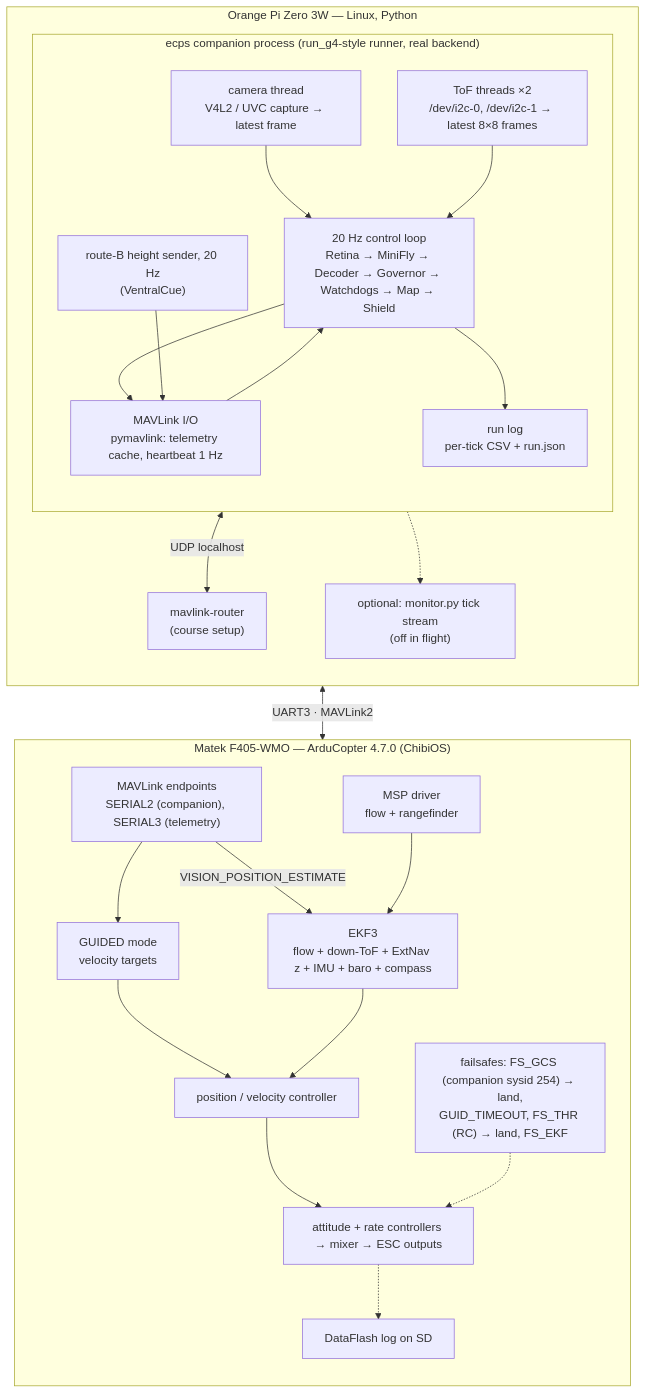
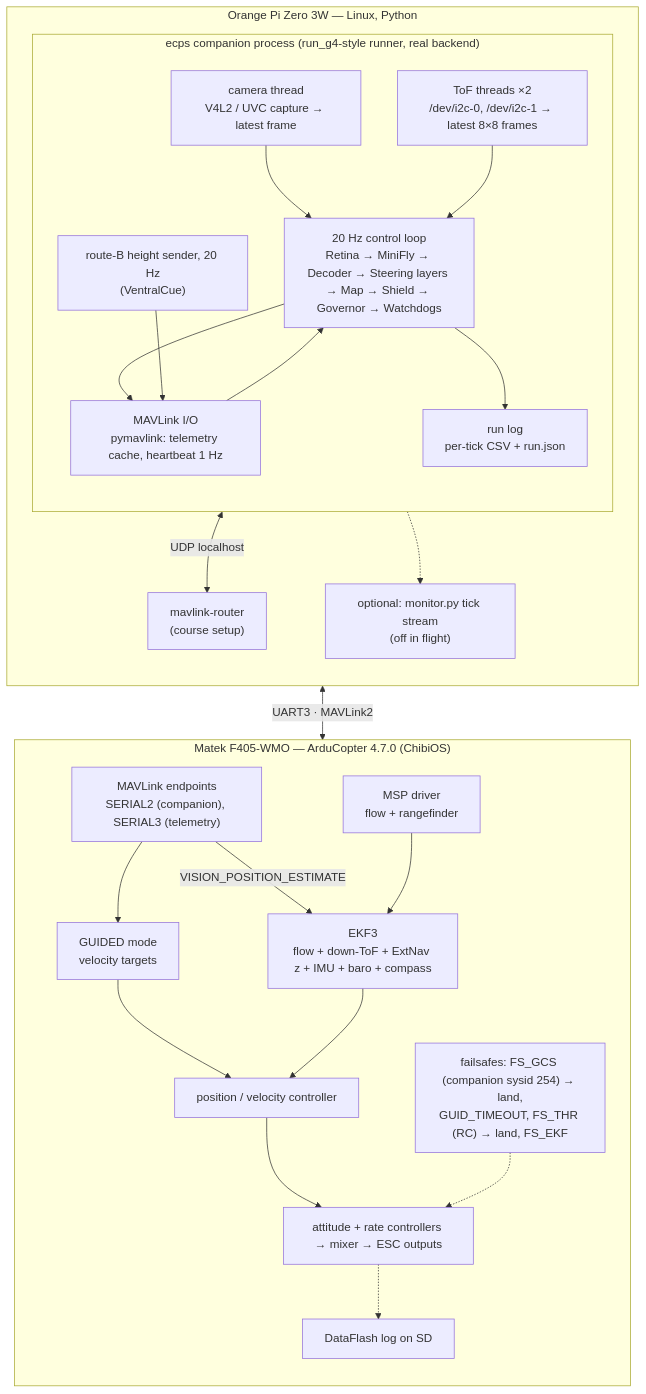
Before and after one commit to jiewent1-cmyk/FlyDrones: diagram 12 of 17 in ecps295/docs/ARCHITECTURE.md, drawn with Mermaid. The commit also changed other lines of this file and 129 other files, not shown here.

````diff
--- a/ecps295/docs/ARCHITECTURE.md
+++ b/ecps295/docs/ARCHITECTURE.md
@@ -466,45 +547,45 @@
 ```mermaid
 flowchart TB
   subgraph OPI["Orange Pi Zero 3W — Linux, Python"]
     direction TB
     subgraph MAIN["ecps companion process (run_g4-style runner, real backend)"]
       direction TB
       CAMT["camera thread<br/>V4L2 / UVC capture → latest frame"]
       TOFT["ToF threads ×2<br/>/dev/i2c-0, /dev/i2c-1 → latest 8×8 frames"]
       MAVT["MAVLink I/O<br/>pymavlink: telemetry cache, heartbeat 1 Hz"]
-      LOOP["20 Hz control loop<br/>Retina → MiniFly → Decoder → Governor → Watchdogs → Map → Shield"]
+      LOOP["20 Hz control loop<br/>Retina → MiniFly → Decoder → Steering layers → Map → Shield → Governor → Watchdogs"]
       HGT["route-B height sender, 20 Hz<br/>(VentralCue)"]
       LOG["run log<br/>per-tick CSV + run.json"]
       CAMT --> LOOP
       TOFT --> LOOP
       MAVT --> LOOP
       LOOP --> MAVT
       HGT --> MAVT
       LOOP --> LOG
     end
     MR["mavlink-router<br/>(course setup)"]
     MON["optional: monitor.py tick stream<br/>(off in flight)"]
     MAVT <-->|"UDP localhost"| MR
     LOOP -.-> MON
   end
 
   subgraph FC["Matek F405-WMO — ArduCopter 4.7.0 (ChibiOS)"]
     direction TB
     MAVFC["MAVLink endpoints<br/>SERIAL2 (companion), SERIAL3 (telemetry)"]
     MSP["MSP driver<br/>flow + rangefinder"]
     EKF3["EKF3<br/>flow + down-ToF + ExtNav z + IMU + baro + compass"]
     GD["GUIDED mode<br/>velocity targets"]
     PC["position / velocity controller"]
     AC["attitude + rate controllers → mixer → ESC outputs"]
     FSF["failsafes: FS_GCS (companion sysid 254) → land,<br/>GUID_TIMEOUT, FS_THR (RC) → land, FS_EKF"]
     LOGF["DataFlash log on SD"]
     MSP --> EKF3
     MAVFC --> GD --> PC --> AC
     MAVFC -->|VISION_POSITION_ESTIMATE| EKF3
     EKF3 --> PC
     FSF -.-> AC
     AC -.-> LOGF
   end
 
   MR <-->|"UART3 · MAVLink2"| MAVFC
 ```
````
